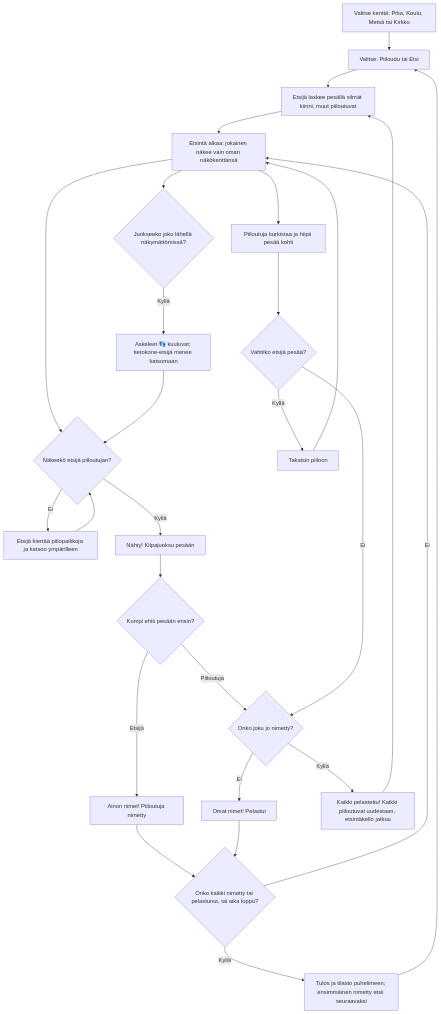
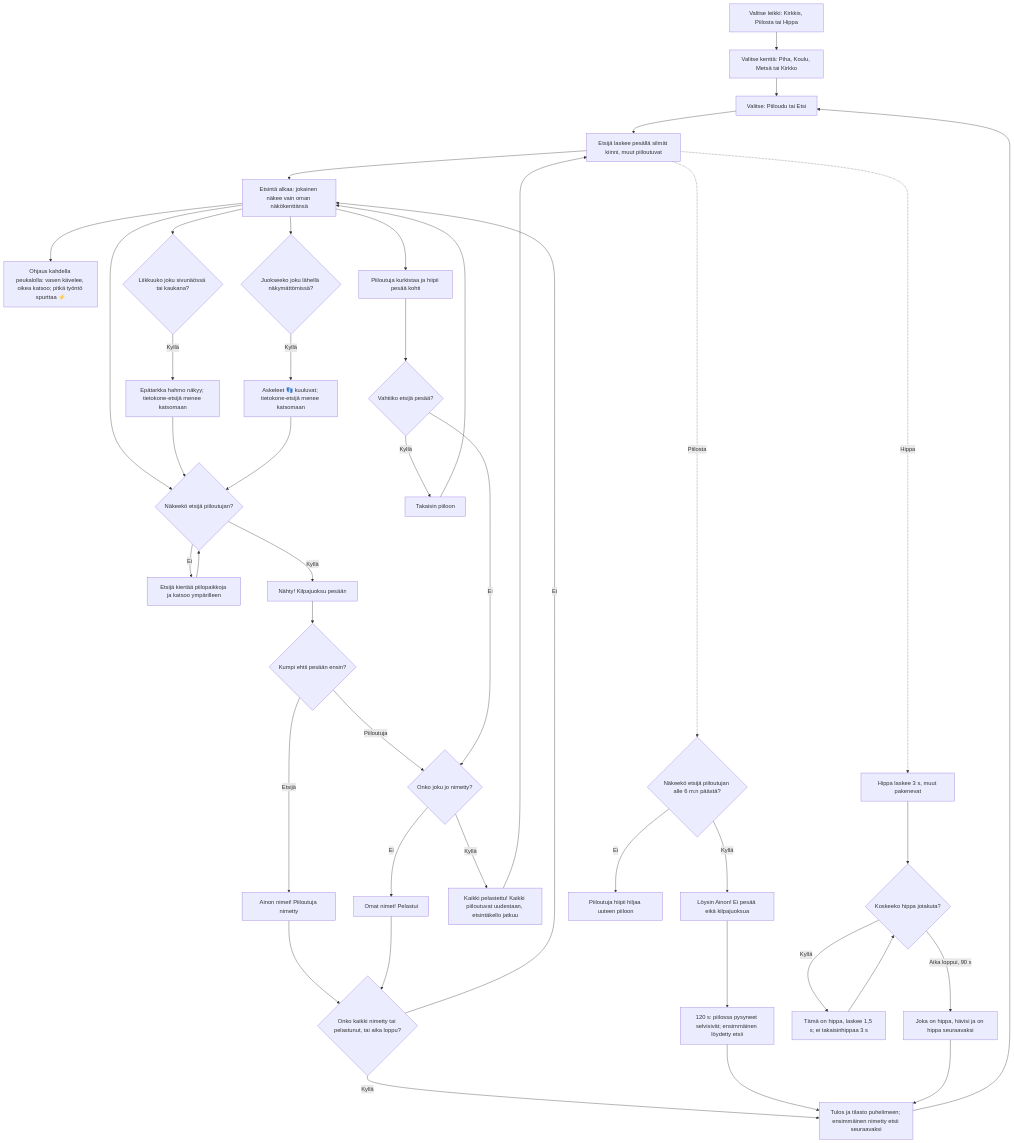
Before and after one commit to eerovil/ai-pelit: the diagram in docs/diagrams/kirkkis.md, drawn with Mermaid. The commit also changed other lines of this file, not shown here.

Commit message:
Kirkkis diagram: the three games, two thumbs, side vision (#137)

````diff
--- a/docs/diagrams/kirkkis.md
+++ b/docs/diagrams/kirkkis.md
@@ -12,35 +14,51 @@
 ```mermaid
 flowchart TD
+  L0[Valitse leikki: Kirkkis, Piilosta tai Hippa] --> K0
   K0[Valitse kenttä: Piha, Koulu, Metsä tai Kirkko] --> A
   A[Valitse: Piiloudu tai Etsi] --> B[Etsijä laskee pesällä silmät kiinni, muut piiloutuvat]
   B --> C[Etsintä alkaa: jokainen näkee vain oman näkökenttänsä]
   C --> D{Näkeekö etsijä piiloutujan?}
   D -- Ei --> E[Etsijä kiertää piilopaikkoja ja katsoo ympärilleen]
   E --> D
+  C --> V[Ohjaus kahdella peukalolla: vasen kävelee, oikea katsoo; pitkä työntö spurttaa ⚡]
+  C --> W{Liikkuuko joku sivunäössä tai kaukana?}
+  W -- Kyllä --> X[Epätarkka hahmo näkyy; tietokone-etsijä menee katsomaan]
+  X --> D
   C --> S{Juokseeko joku lähellä näkymättömissä?}
   S -- Kyllä --> T[Askeleet 👣 kuuluvat; tietokone-etsijä menee katsomaan]
   T --> D
   D -- Kyllä --> F[Nähty! Kilpajuoksu pesään]
   F --> G{Kumpi ehtii pesään ensin?}
   G -- Etsijä --> H[Ainon nimet! Piiloutuja nimetty]
   G -- Piiloutuja --> P{Onko joku jo nimetty?}
   P -- Ei --> I[Omat nimet! Pelastui]
   P -- Kyllä --> Q[Kaikki pelastettu! Kaikki piiloutuvat uudestaan, etsintäkello jatkuu]
   Q --> B
   C --> J[Piiloutuja kurkistaa ja hiipii pesää kohti]
   J --> K{Vahtiiko etsijä pesää?}
   K -- Kyllä --> L[Takaisin piiloon]
   K -- Ei --> P
   L --> C
   H --> M{Onko kaikki nimetty tai pelastunut, tai aika loppu?}
   I --> M
   M -- Ei --> C
   M -- Kyllä --> N[Tulos ja tilasto puhelimeen; ensimmäinen nimetty etsii seuraavaksi]
   N --> A
-  class K0,A,N blue
-  class D,G,K,M,P,S amber
-  class B,C,E violet
-  class F,J,L,T teal
-  class I,Q green
-  class H rose
+  B -. Piilosta .-> PA{Näkeekö etsijä piiloutujan alle 6 m:n päästä?}
+  PA -- Kyllä --> PB[Löysin Ainon! Ei pesää eikä kilpajuoksua]
+  PA -- Ei --> PC[Piiloutuja hiipii hiljaa uuteen piiloon]
+  PB --> PD[120 s: piilossa pysyneet selvisivät; ensimmäinen löydetty etsii]
+  PD --> N
+  B -. Hippa .-> HA[Hippa laskee 3 s, muut pakenevat]
+  HA --> HB{Koskeeko hippa jotakuta?}
+  HB -- Kyllä --> HC[Tämä on hippa, laskee 1,5 s; ei takaisinhippaa 3 s]
+  HC --> HB
+  HB -- Aika loppui, 90 s --> HD[Joka on hippa, hävisi ja on hippa seuraavaksi]
+  HD --> N
+  class L0,K0,A,N blue
+  class D,G,K,M,P,S,W,PA,HB amber
+  class B,C,E,V,HA violet
+  class F,J,L,T,X,PC,HC teal
+  class I,Q,PD green
+  class H,PB,HD rose
 ```
````
